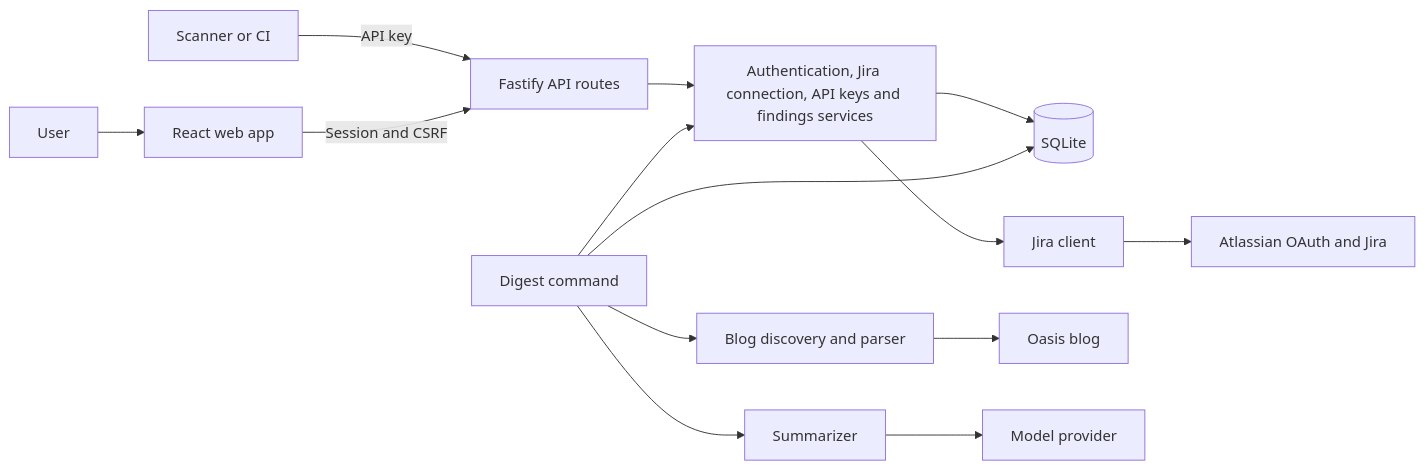
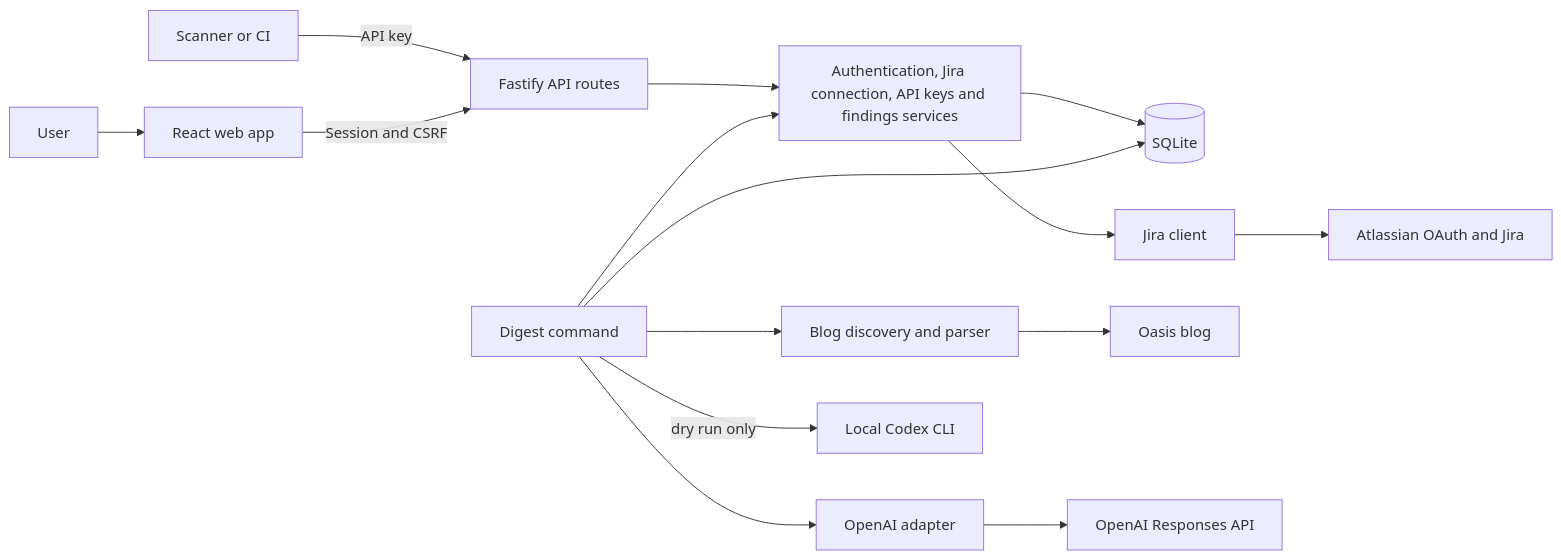
One commit to nim901/IdentityHub changed the first of 2 diagrams in docs/SYSTEM_DESIGN.md. Above: the diagram before and after it, drawn with Mermaid. The commit also changed other lines of this file and 6 other files, not shown here.

Commit message:
docs: add onboarding and code flow guides

````diff
--- a/docs/SYSTEM_DESIGN.md
+++ b/docs/SYSTEM_DESIGN.md
@@ -5,16 +5,17 @@
 ```mermaid
 flowchart LR
     User[User] --> Web[React web app]
     Scanner[Scanner or CI] -->|API key| Routes
     Web -->|Session and CSRF| Routes[Fastify API routes]
     Routes --> Services[Authentication, Jira connection, API keys and findings services]
     Services --> DB[(SQLite)]
     Services --> Jira[Jira client]
     Jira --> Atlassian[Atlassian OAuth and Jira]
     Digest[Digest command] --> Crawl[Blog discovery and parser]
     Crawl --> Oasis[Oasis blog]
-    Digest --> AI[Summarizer]
-    AI --> Model[Model provider]
+    Digest --> AI[OpenAI adapter]
+    AI --> Model[OpenAI Responses API]
+    Digest -->|dry run only| Codex[Local Codex CLI]
     Digest --> Services
     Digest --> DB
 ```
````
